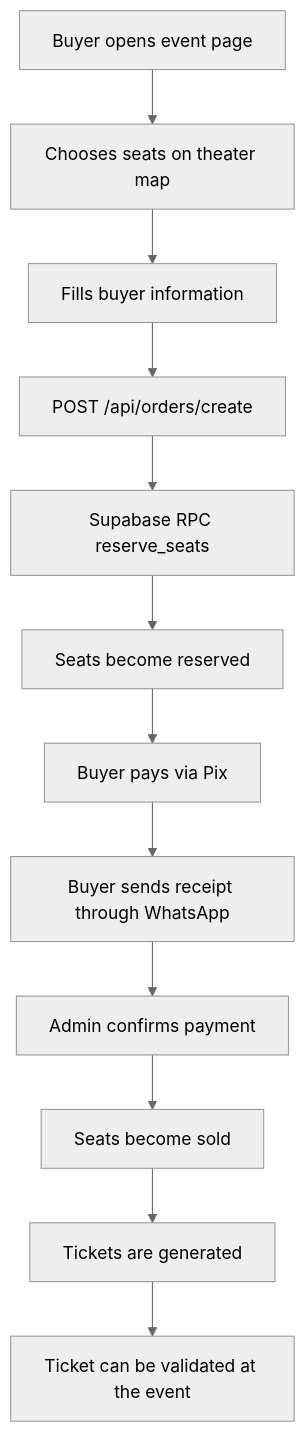
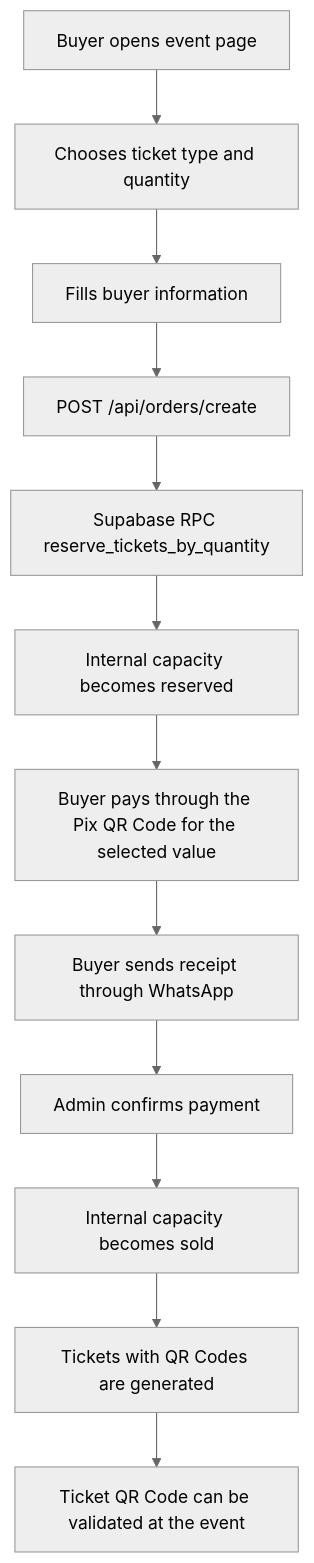
Before and after one commit to yruamkaffer/IngressosDancaeTradicao: the first of 2 diagrams in README.md, drawn with Mermaid (neutral theme). The commit also changed other lines of this file, not shown here.

````diff
--- a/README.md
+++ b/README.md
@@ -95,14 +97,14 @@
 ```mermaid
 flowchart TD
-    A[Buyer opens event page] --> B[Chooses seats on theater map]
+    A[Buyer opens event page] --> B[Chooses ticket type and quantity]
     B --> C[Fills buyer information]
     C --> D[POST /api/orders/create]
-    D --> E[Supabase RPC reserve_seats]
-    E --> F[Seats become reserved]
-    F --> G[Buyer pays via Pix]
+    D --> E[Supabase RPC reserve_tickets_by_quantity]
+    E --> F[Internal capacity becomes reserved]
+    F --> G[Buyer pays through the Pix QR Code for the selected value]
     G --> H[Buyer sends receipt through WhatsApp]
     H --> I[Admin confirms payment]
-    I --> J[Seats become sold]
-    J --> K[Tickets are generated]
-    K --> L[Ticket can be validated at the event]
+    I --> J[Internal capacity becomes sold]
+    J --> K[Tickets with QR Codes are generated]
+    K --> L[Ticket QR Code can be validated at the event]
 ```
````
